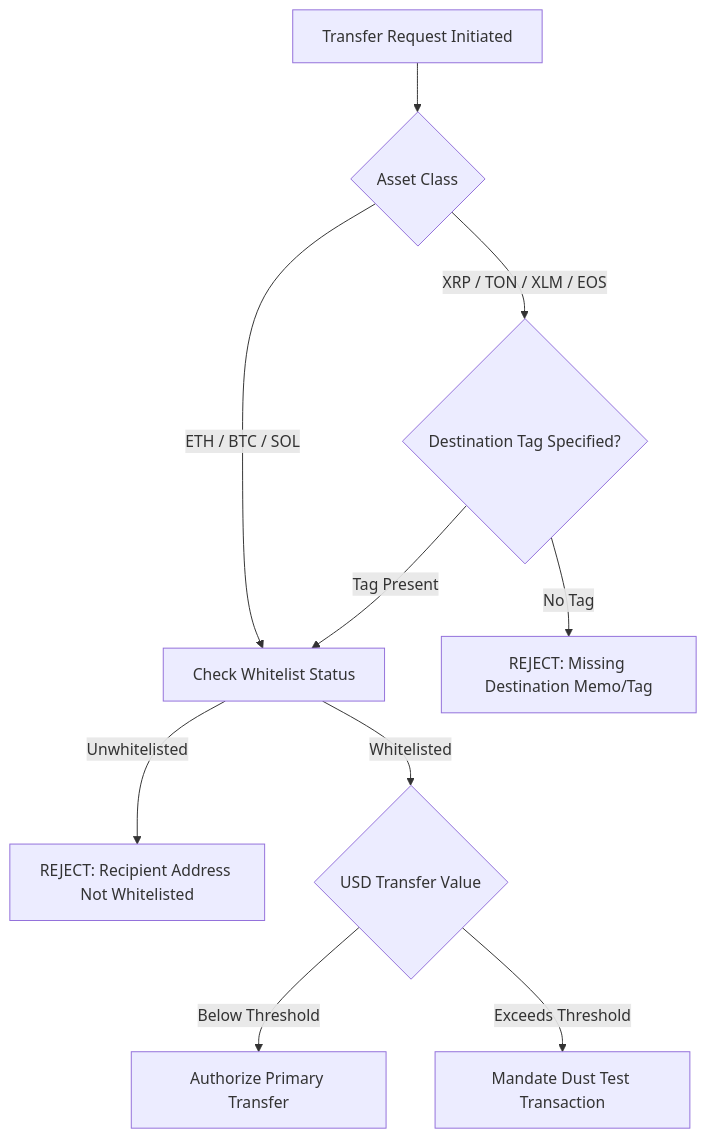
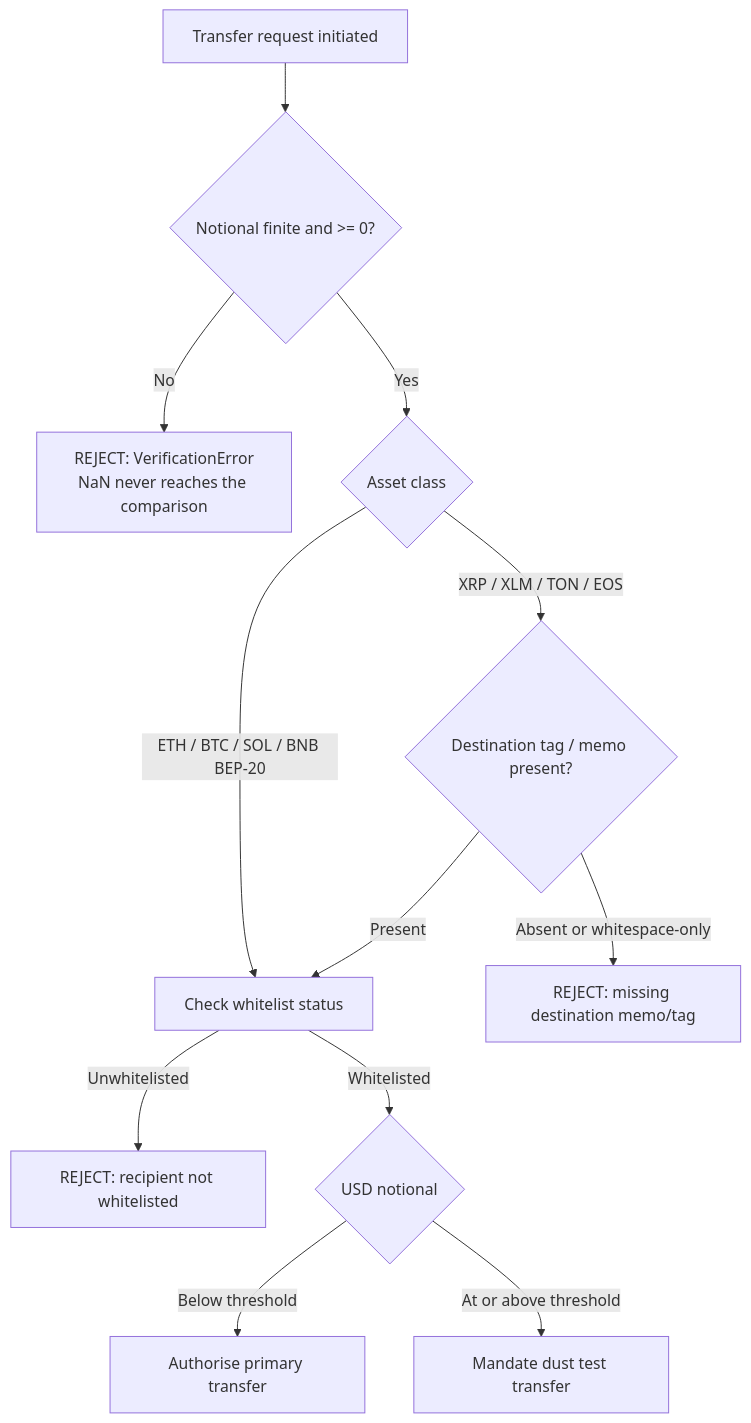
Before and after one commit to HimanshuJ16/Algo-Trading-Skills: the second of 3 diagrams in skills/test-transaction-verification-before-large-transfers/references/workflows.md, drawn with Mermaid. The commit also changed other lines of this file and 443 other files, not shown here.

````diff
--- a/skills/test-transaction-verification-before-large-transfers/references/workflows.md
+++ b/skills/test-transaction-verification-before-large-transfers/references/workflows.md
@@ -50,15 +63,18 @@
 ```mermaid
 flowchart TD
-    A[Transfer Request Initiated] --> B{Asset Class}
-    B -->|ETH / BTC / SOL| C[Check Whitelist Status]
-    B -->|XRP / TON / XLM / EOS| D{Destination Tag Specified?}
-    
-    D -- No Tag --> E[REJECT: Missing Destination Memo/Tag]
-    D -- Tag Present --> C
-    
-    C -- Unwhitelisted --> F[REJECT: Recipient Address Not Whitelisted]
-    C -- Whitelisted --> G{USD Transfer Value}
-    
-    G -- Below Threshold --> H[Authorize Primary Transfer]
-    G -- Exceeds Threshold --> I[Mandate Dust Test Transaction]
+    A[Transfer request initiated] --> V{Notional finite and >= 0?}
+    V -- No --> R0[REJECT: VerificationError<br/>NaN never reaches the comparison]
+    V -- Yes --> B{Asset class}
+
+    B -->|ETH / BTC / SOL / BNB BEP-20| C[Check whitelist status]
+    B -->|XRP / XLM / TON / EOS| D{Destination tag / memo present?}
+
+    D -- Absent or whitespace-only --> E[REJECT: missing destination memo/tag]
+    D -- Present --> C
+
+    C -- Unwhitelisted --> F[REJECT: recipient not whitelisted]
+    C -- Whitelisted --> G{USD notional}
+
+    G -- Below threshold --> H[Authorise primary transfer]
+    G -- At or above threshold --> I[Mandate dust test transfer]
 ```
````
